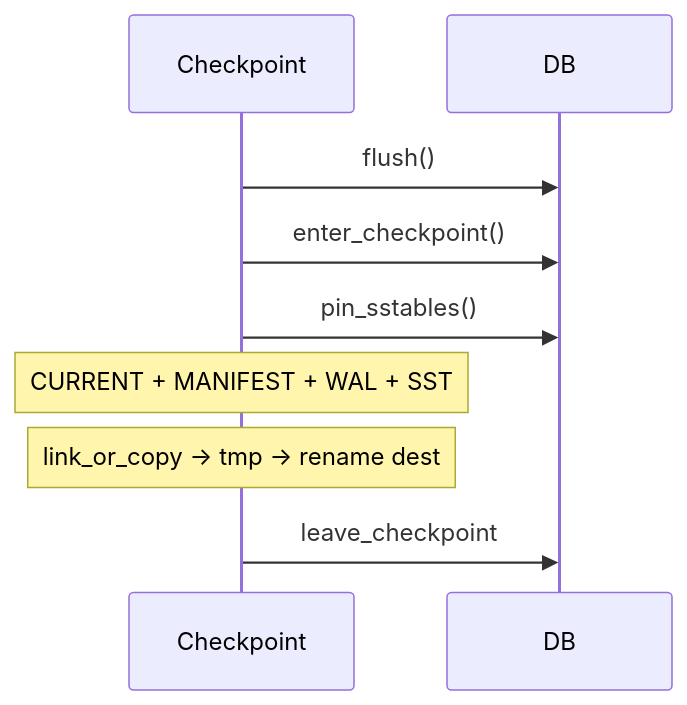
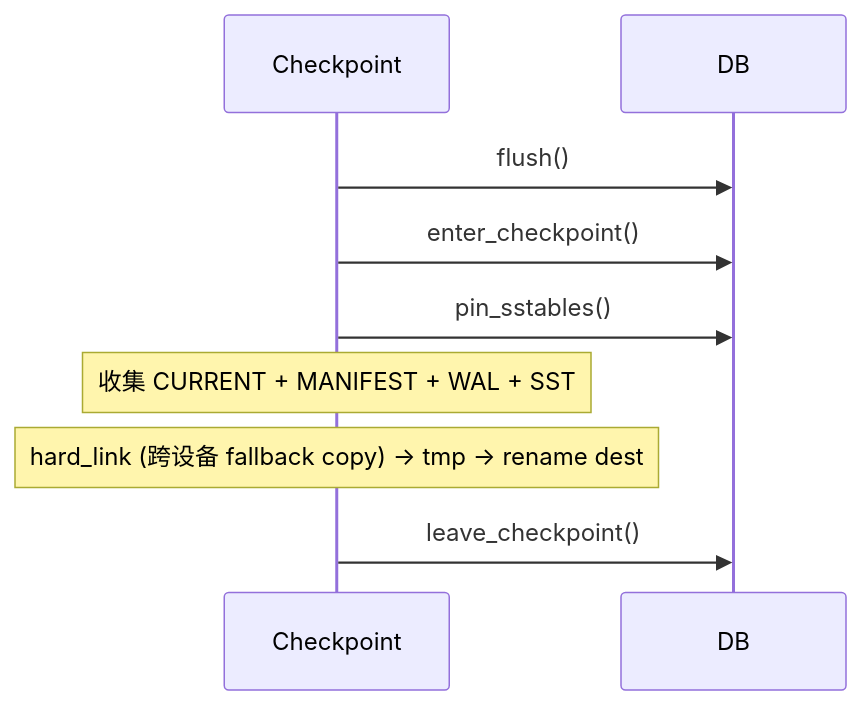
One commit to Genuineh/AiDb changed the fourth of 4 diagrams in docs/modules/02-engine-storage.md. Above: the diagram before and after it, drawn with Mermaid. The commit also changed other lines of this file and 15 other files, not shown here.

````diff
--- a/docs/modules/02-engine-storage.md
+++ b/docs/modules/02-engine-storage.md
@@ -126,11 +116,11 @@
 ```mermaid
 sequenceDiagram
-  participant C as Checkpoint
-  participant D as DB
-  C->>D: flush()
-  C->>D: enter_checkpoint()
-  C->>D: pin_sstables()
-  Note over C: CURRENT + MANIFEST + WAL + SST
-  Note over C: link_or_copy → tmp → rename dest
-  C->>D: leave_checkpoint
+    participant C as Checkpoint
+    participant D as DB
+    C->>D: flush()
+    C->>D: enter_checkpoint()
+    C->>D: pin_sstables()
+    Note over C: 收集 CURRENT + MANIFEST + WAL + SST
+    Note over C: hard_link (跨设备 fallback copy) → tmp → rename dest
+    C->>D: leave_checkpoint()
 ```
````
